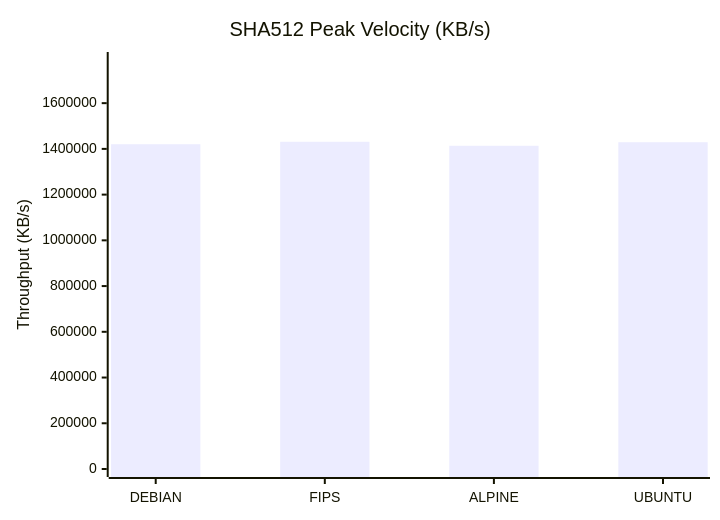
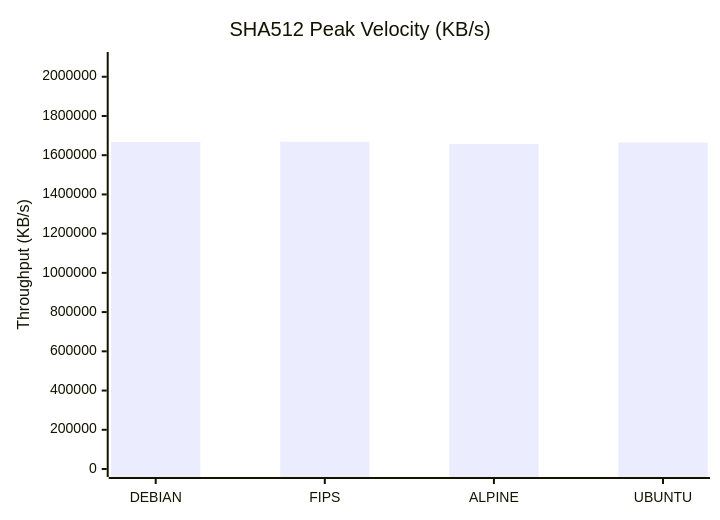
Before and after one commit to taha2samy/openssl_fips: the fourth of 9 diagrams in docs/Comparison_Report.md, drawn with Mermaid. The commit also changed other lines of this file and 2 other files, not shown here.

````diff
--- a/docs/Comparison_Report.md
+++ b/docs/Comparison_Report.md
@@ -83,7 +83,7 @@
 ```mermaid
 xychart-beta
     title "SHA512 Peak Velocity (KB/s)"
     x-axis [DEBIAN, FIPS, ALPINE, UBUNTU]
-    y-axis "Throughput (KB/s)" 0 --> 1788712
-    bar [1420271.62, 1430970.37, 1413636.1, 1429118.98]
+    y-axis "Throughput (KB/s)" 0 --> 2085447
+    bar [1667170.3, 1668358.14, 1656930.3, 1665015.81]
 ```
````
